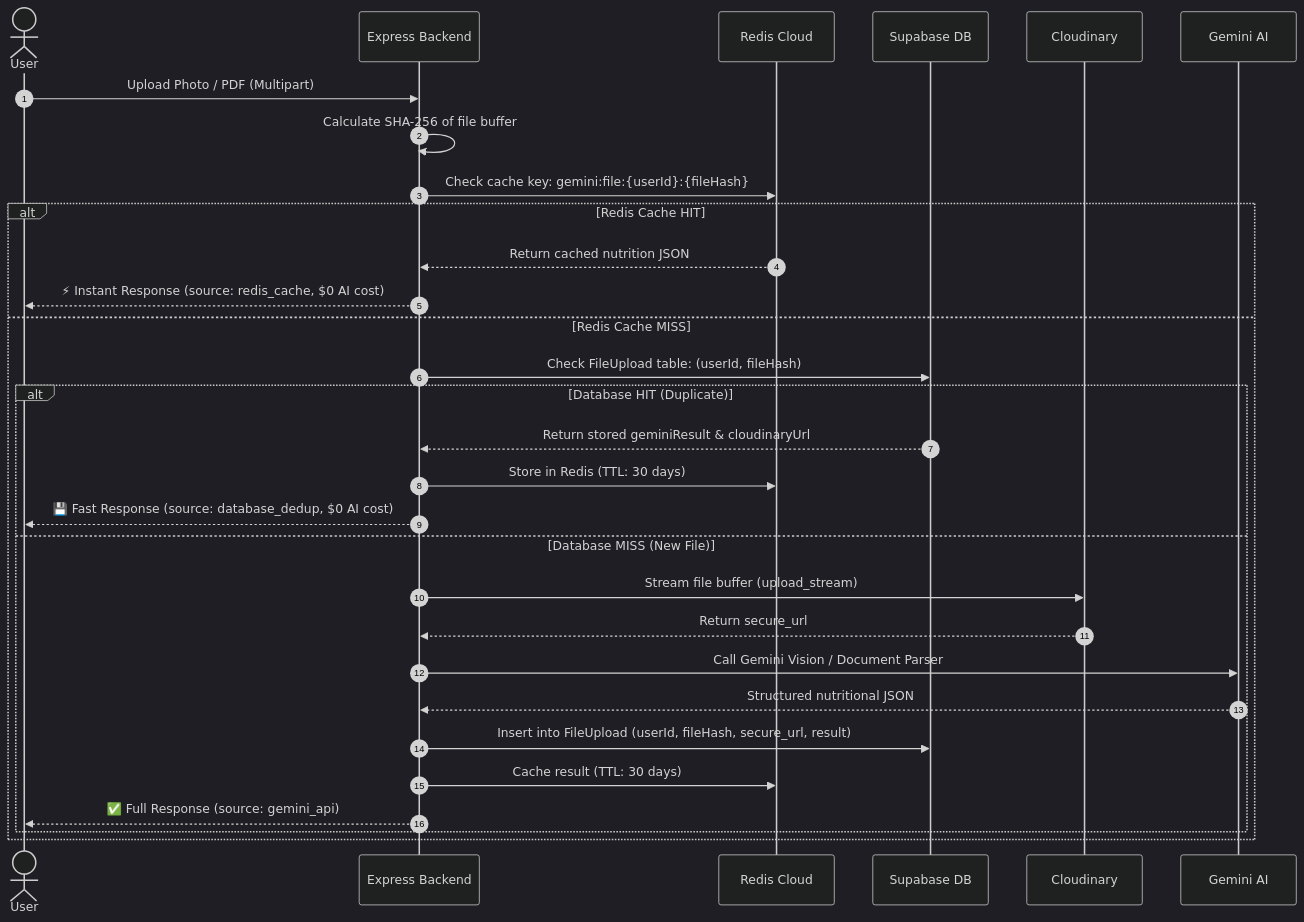
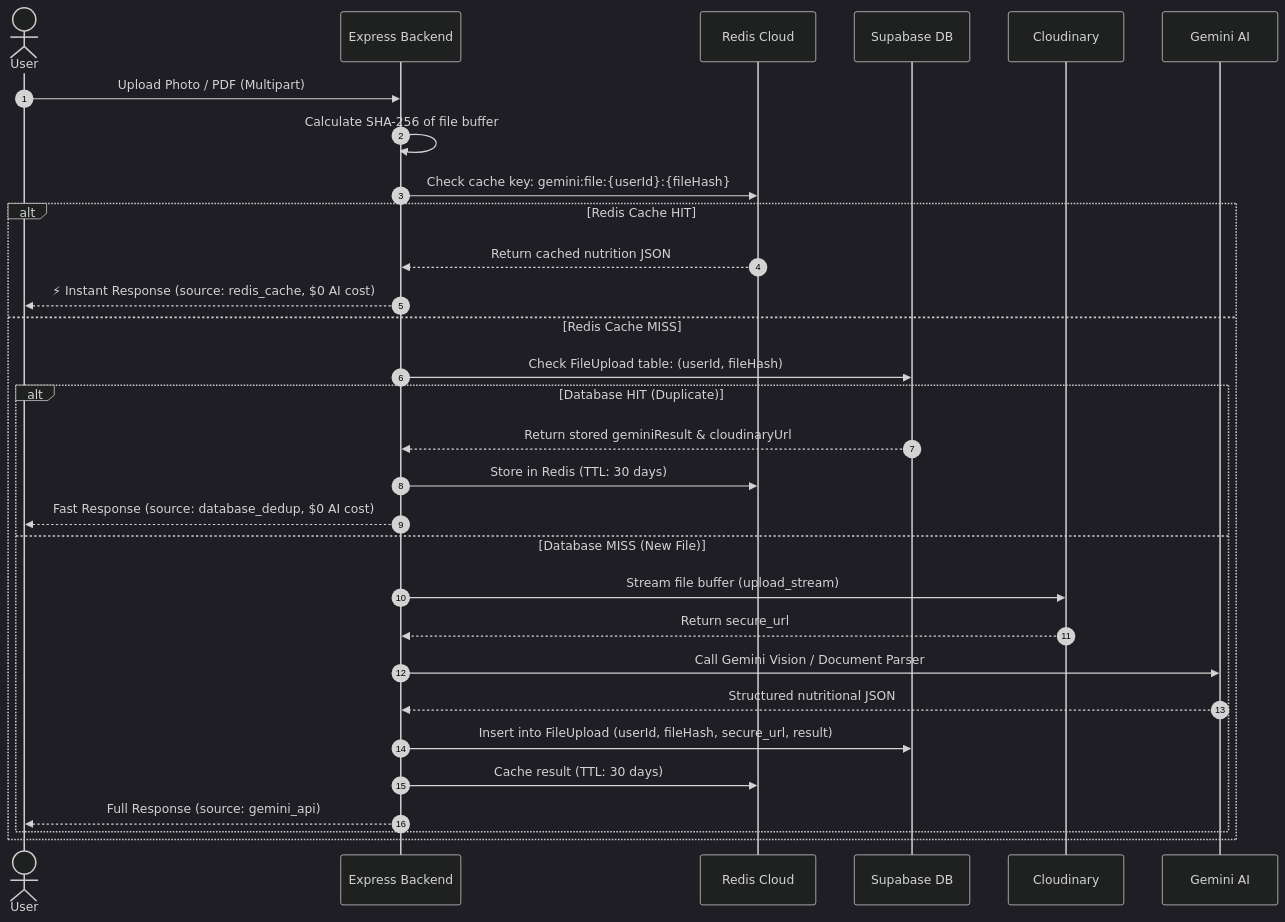
One commit to happylakhotia/Calorie-Tracker changed the third of 3 diagrams in README.md. Above: the diagram before and after it, drawn with Mermaid (dark theme). The commit also changed other lines of this file, not shown here.

````diff
--- a/README.md
+++ b/README.md
@@ -194,34 +195,34 @@
 ```mermaid
 sequenceDiagram
     autonumber
     actor User as User
     participant Server as Express Backend
     participant Redis as Redis Cloud
     participant DB as Supabase DB
     participant Cloud as Cloudinary
     participant AI as Gemini AI
 
     User->>Server: Upload Photo / PDF (Multipart)
     Server->>Server: Calculate SHA-256 of file buffer
     Server->>Redis: Check cache key: gemini:file:{userId}:{fileHash}
 
     alt Redis Cache HIT
         Redis-->>Server: Return cached nutrition JSON
         Server-->>User: ⚡ Instant Response (source: redis_cache, $0 AI cost)
     else Redis Cache MISS
         Server->>DB: Check FileUpload table: (userId, fileHash)
         alt Database HIT (Duplicate)
             DB-->>Server: Return stored geminiResult & cloudinaryUrl
             Server->>Redis: Store in Redis (TTL: 30 days)
-            Server-->>User: 💾 Fast Response (source: database_dedup, $0 AI cost)
+            Server-->>User: Fast Response (source: database_dedup, $0 AI cost)
         else Database MISS (New File)
             Server->>Cloud: Stream file buffer (upload_stream)
             Cloud-->>Server: Return secure_url
             Server->>AI: Call Gemini Vision / Document Parser
             AI-->>Server: Structured nutritional JSON
             Server->>DB: Insert into FileUpload (userId, fileHash, secure_url, result)
             Server->>Redis: Cache result (TTL: 30 days)
-            Server-->>User: ✅ Full Response (source: gemini_api)
+            Server-->>User: Full Response (source: gemini_api)
         end
     end
 ```
````
